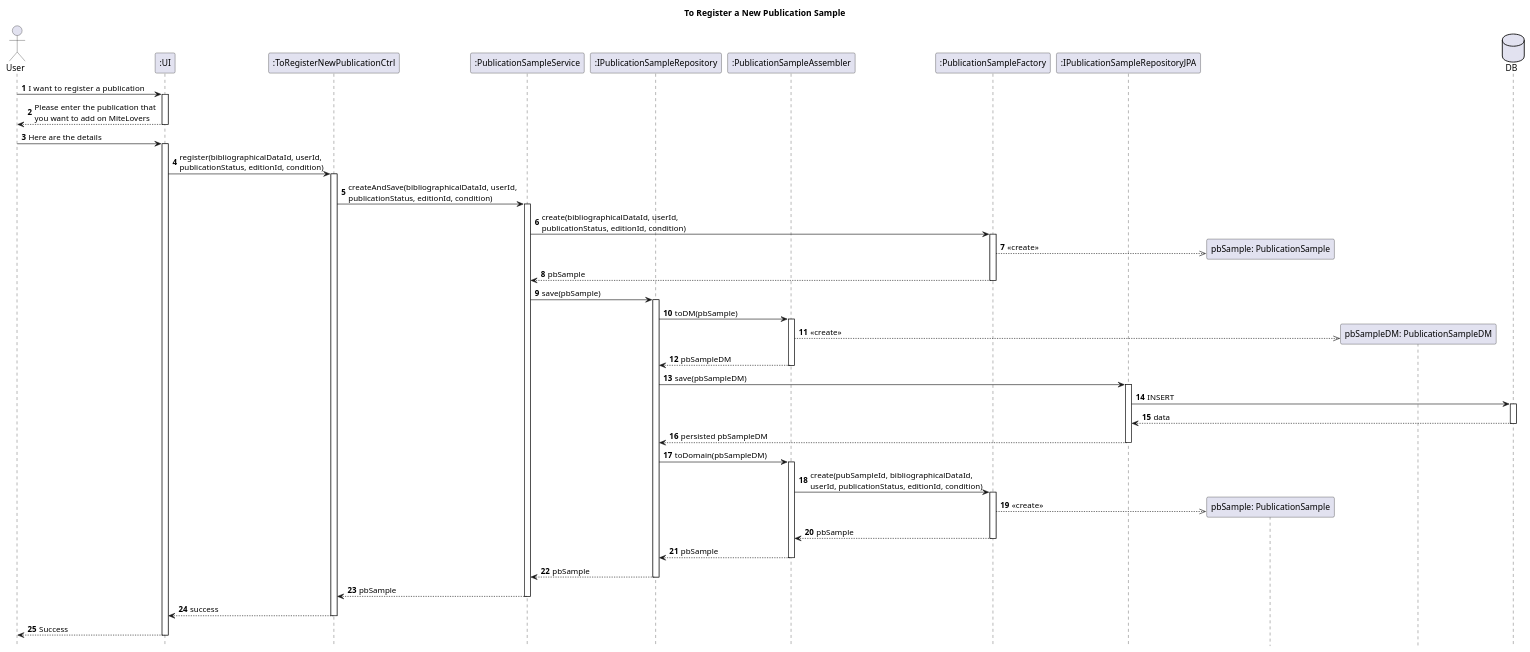
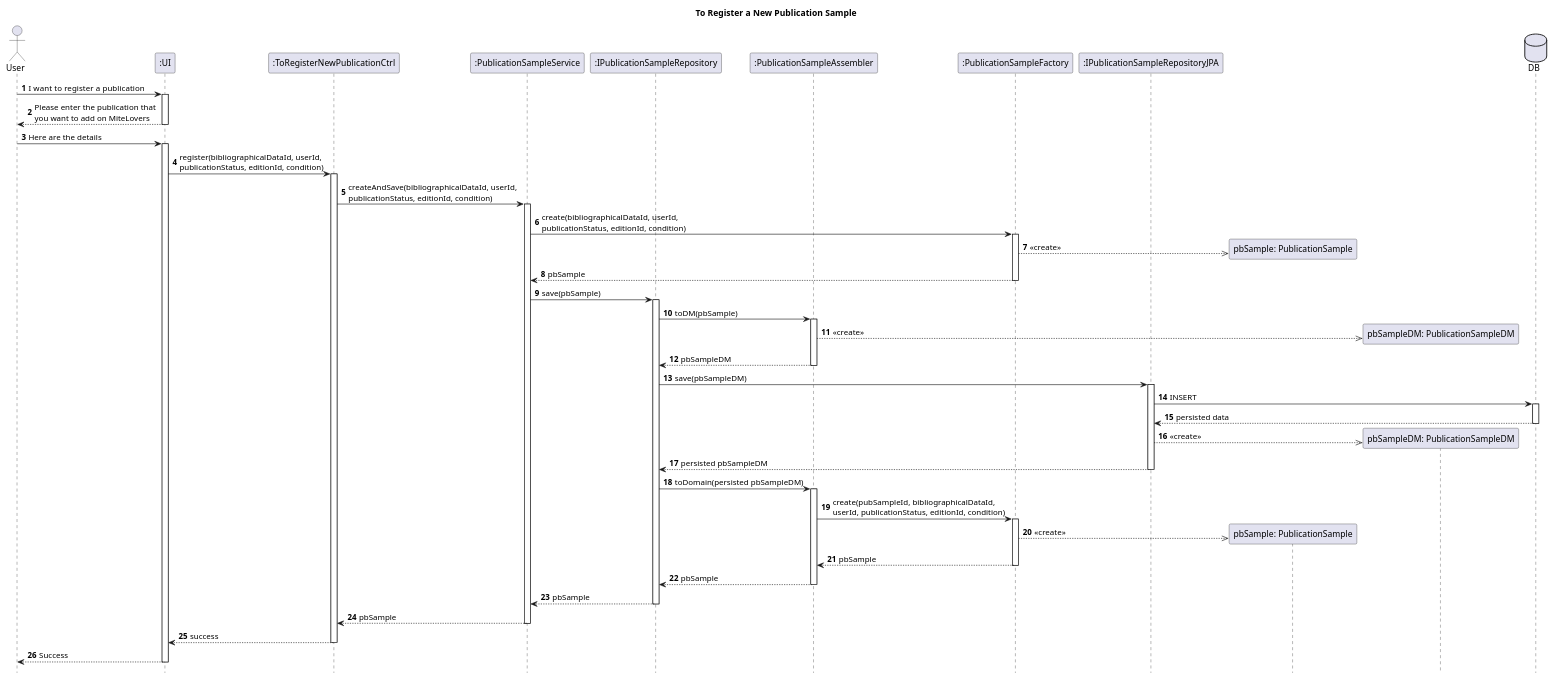
One commit to AndrePereiraGitH/SWitCH-Project-Team_A changed the diagram in Diagrams/SequenceDiagrams/N2/To-register-a-publication-to-add-to-library.puml. Above: the diagram before and after it, drawn with PlantUML.

Commit message:
fix #740: last fix to sequence diagram following feedback

```diff
--- a/Diagrams/SequenceDiagrams/N2/To-register-a-publication-to-add-to-library.puml
+++ b/Diagrams/SequenceDiagrams/N2/To-register-a-publication-to-add-to-library.puml
@@ -1,95 +1,96 @@
 @startuml
 hide footbox
 autonumber
 title To Register a New Publication Sample
 
 actor User
 participant ":UI" as UI
 participant ":ToRegisterNewPublicationCtrl" as Controller
 participant ":PublicationSampleService" as Service
 participant ":IPublicationSampleRepository" as Repo
 participant ":PublicationSampleAssembler" as Assembler
 participant ":PublicationSampleFactory" as Factory
 participant ":IPublicationSampleRepositoryJPA" as JPA
 
 participant "pbSample: PublicationSample" as pbSample
 participant "pbSampleDM: PublicationSampleDM" as pbSampleDM
 
 database "DB" as DB
 
 User -> UI : I want to register a  publication
 activate UI
 
 UI --> User : Please enter the publication that \nyou want to add on MiteLovers
 deactivate UI
 
 User -> UI : Here are the details
 activate UI
 
 UI -> Controller : register(bibliographicalDataId, userId,\npublicationStatus, editionId, condition)
 activate Controller
 
 Controller -> Service : createAndSave(bibliographicalDataId, userId,\npublicationStatus, editionId, condition)
 activate Service
 
 ' =========================
 ' Factory creation
 ' =========================
 Service -> Factory : create(bibliographicalDataId, userId,\npublicationStatus, editionId, condition)
 activate Factory
 Factory -->> pbSample** : <<create>>
 Factory --> Service : pbSample
 deactivate Factory
 
 ' =========================
 ' Save flow
 ' =========================
 Service -> Repo : save(pbSample)
 activate Repo
 
 Repo -> Assembler : toDM(pbSample)
 activate Assembler
 Assembler -->> pbSampleDM** : <<create>>
 Assembler --> Repo : pbSampleDM
 deactivate Assembler
 
 Repo -> JPA : save(pbSampleDM)
 activate JPA
 
 JPA -> DB : INSERT
 activate DB
-DB --> JPA : data
+DB --> JPA : persisted data
 deactivate DB
 
+JPA -->> pbSampleDM** : <<create>>
 JPA --> Repo : persisted pbSampleDM
 deactivate JPA
 
 ' ==============
 ' Reconstruction
 ' ==============
-Repo -> Assembler : toDomain(pbSampleDM)
+Repo -> Assembler : toDomain(persisted pbSampleDM)
 activate Assembler
 
 Assembler -> Factory : create(pubSampleId, bibliographicalDataId,\nuserId, publicationStatus, editionId, condition)
 
 activate Factory
 Factory -->> pbSample** : <<create>>
 Factory --> Assembler : pbSample
 deactivate Factory
 
 Assembler --> Repo : pbSample
 deactivate Assembler
 
 Repo --> Service : pbSample
 deactivate Repo
 
 Service --> Controller : pbSample
 deactivate Service
 
 Controller --> UI : success
 deactivate Controller
 
 UI --> User : Success
 deactivate UI
 
 @enduml
```
